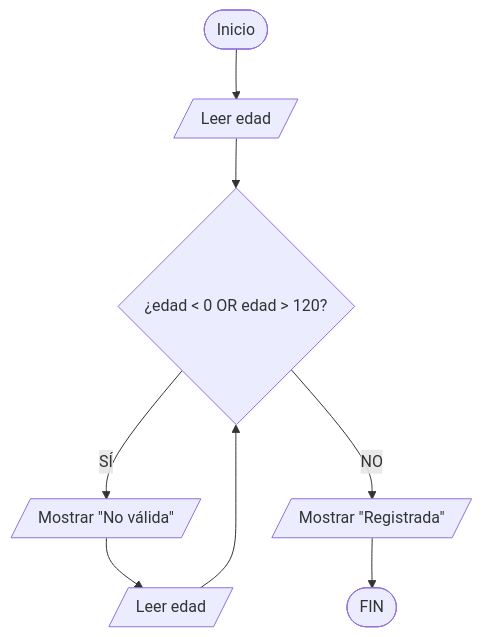
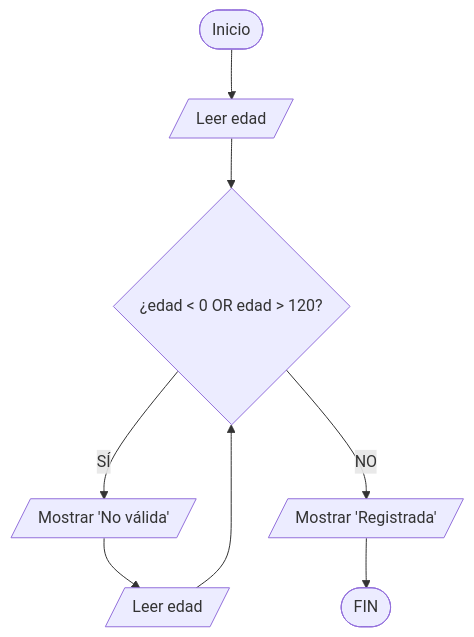
Before and after one commit to jovanyvelez/decimo: diagram 11 of 22 in herramientas_algoritmicas.md, drawn with Mermaid. The commit also changed other lines of this file, not shown here.

````diff
--- a/herramientas_algoritmicas.md
+++ b/herramientas_algoritmicas.md
@@ -970,10 +970,10 @@
 ```mermaid
 graph TD
-    A([Inicio]) --> B[/Leer edad/]
-    B --> C{¿edad < 0 OR edad > 120?}
-    C -- SÍ --> D[/Mostrar "No válida"/]
-    D --> E[/Leer edad/]
+    A([Inicio]) --> B[/"Leer edad"/]
+    B --> C{"¿edad < 0 OR edad > 120?"}
+    C -- SÍ --> D[/"Mostrar 'No válida'"/]
+    D --> E[/"Leer edad"/]
     E --> C
-    C -- NO --> F[/Mostrar "Registrada"/]
+    C -- NO --> F[/"Mostrar 'Registrada'"/]
     F --> G([FIN])
 ```
````
